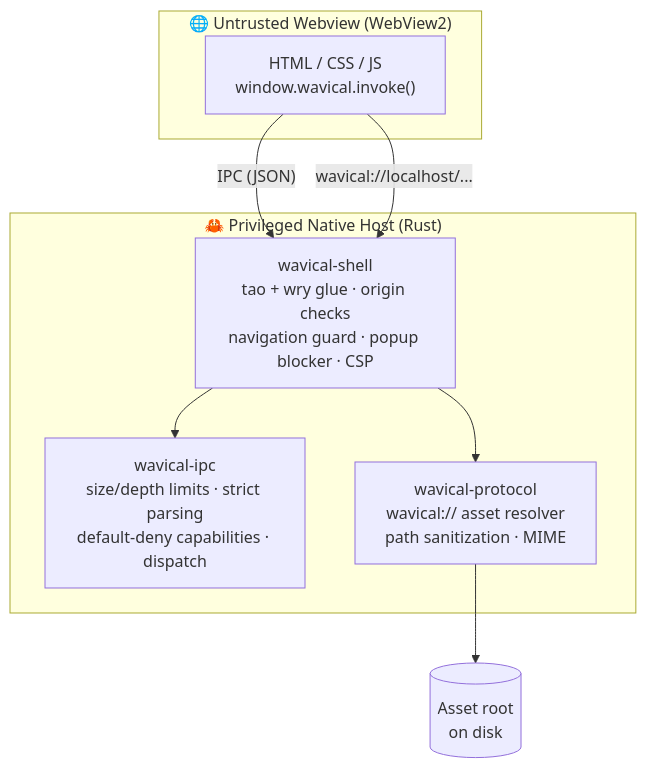
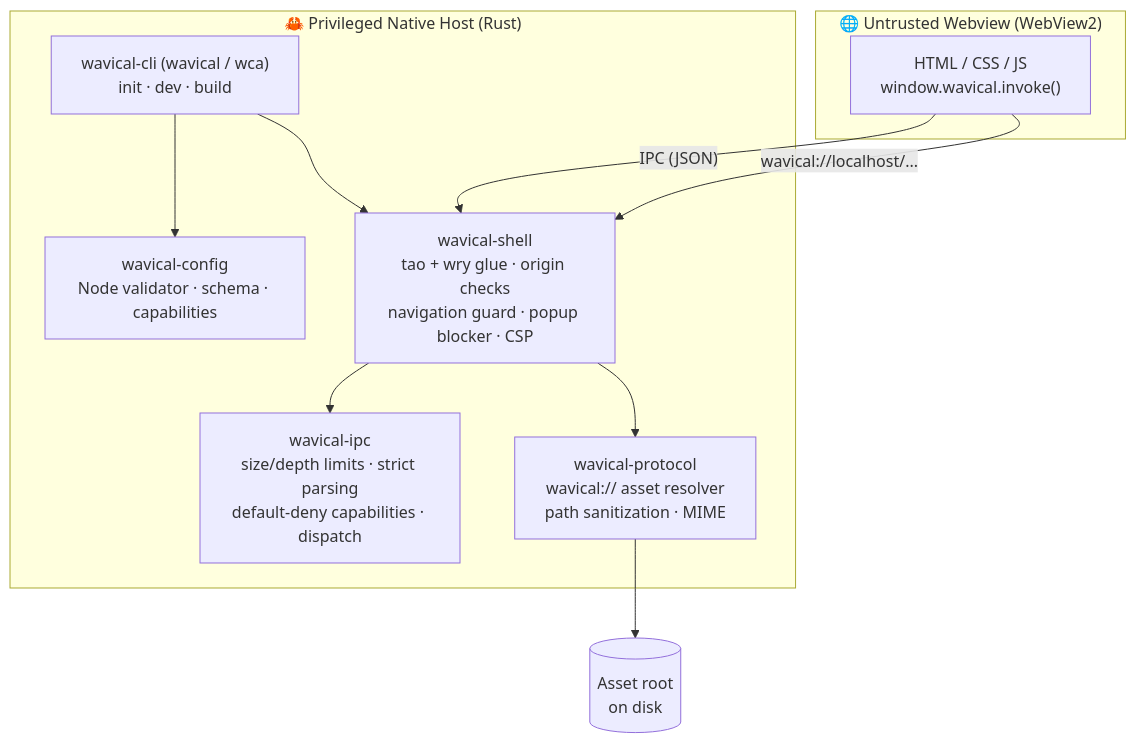
The diagram in README.md (dhananjay-ryu-jin-sama/wavical), drawn with Mermaid before and after one commit. The commit also changed other lines of this file and 1 other file, not shown here.

````diff
--- a/README.md
+++ b/README.md
@@ -92,18 +121,22 @@
 ```mermaid
 flowchart TB
     subgraph Untrusted["🌐 Untrusted Webview (WebView2)"]
         JS["HTML / CSS / JS<br/>window.wavical.invoke()"]
     end
 
     subgraph Host["🦀 Privileged Native Host (Rust)"]
+        CLI["wavical-cli (wavical / wca)<br/>init · dev · build"]
+        Config["wavical-config<br/>Node validator · schema · capabilities"]
         Shell["wavical-shell<br/>tao + wry glue · origin checks<br/>navigation guard · popup blocker · CSP"]
         IPC["wavical-ipc<br/>size/depth limits · strict parsing<br/>default-deny capabilities · dispatch"]
         Proto["wavical-protocol<br/>wavical:// asset resolver<br/>path sanitization · MIME"]
     end
 
+    CLI --> Config
+    CLI --> Shell
     JS -- "IPC (JSON)" --> Shell
     JS -- "wavical://localhost/..." --> Shell
     Shell --> IPC
     Shell --> Proto
     Proto --> FS[("Asset root<br/>on disk")]
 ```
````
